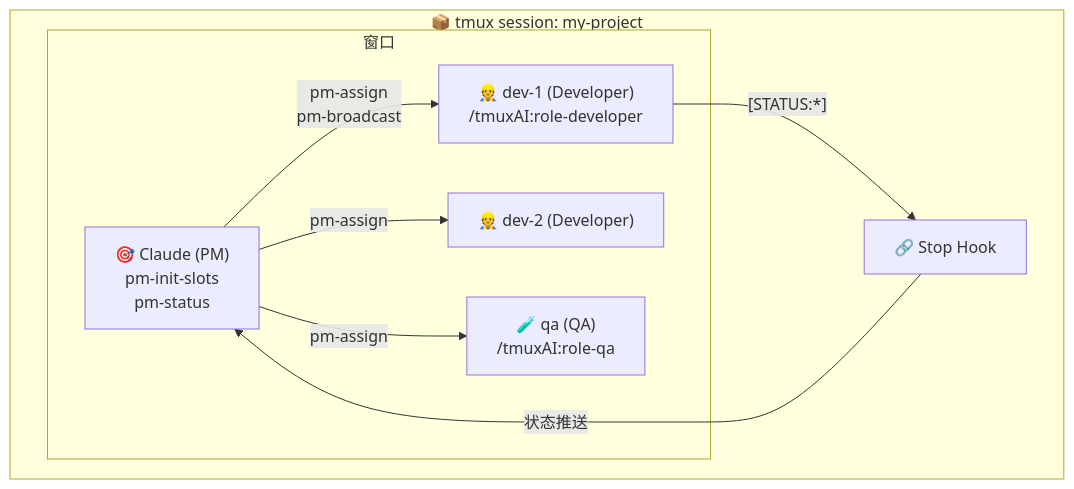
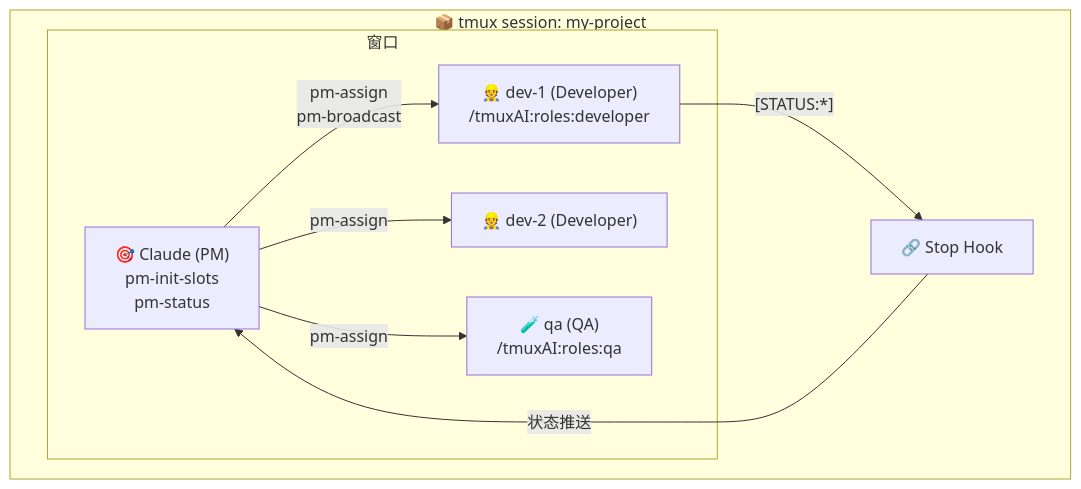
Before and after one commit to coolwoo/Tmux-AI-Team: the third of 4 diagrams in CLAUDE.md, drawn with Mermaid. The commit also changed other lines of this file and 28 other files, not shown here.

````diff
--- a/CLAUDE.md
+++ b/CLAUDE.md
@@ -118,18 +124,18 @@
 ```mermaid
 flowchart TB
     subgraph Session["📦 tmux session: my-project"]
         subgraph Windows["窗口"]
             PM["🎯 Claude (PM)<br/>pm-init-slots<br/>pm-status"]
-            DEV1["👷 dev-1 (Developer)<br/>/tmuxAI:role-developer"]
+            DEV1["👷 dev-1 (Developer)<br/>/tmuxAI:roles:developer"]
             DEV2["👷 dev-2 (Developer)"]
-            QA["🧪 qa (QA)<br/>/tmuxAI:role-qa"]
+            QA["🧪 qa (QA)<br/>/tmuxAI:roles:qa"]
         end
         HOOK["🔗 Stop Hook"]
     end
 
     PM -->|"pm-assign<br/>pm-broadcast"| DEV1
     PM -->|"pm-assign"| DEV2
     PM -->|"pm-assign"| QA
     DEV1 -->|"[STATUS:*]"| HOOK
     HOOK -->|"状态推送"| PM
 ```
````
